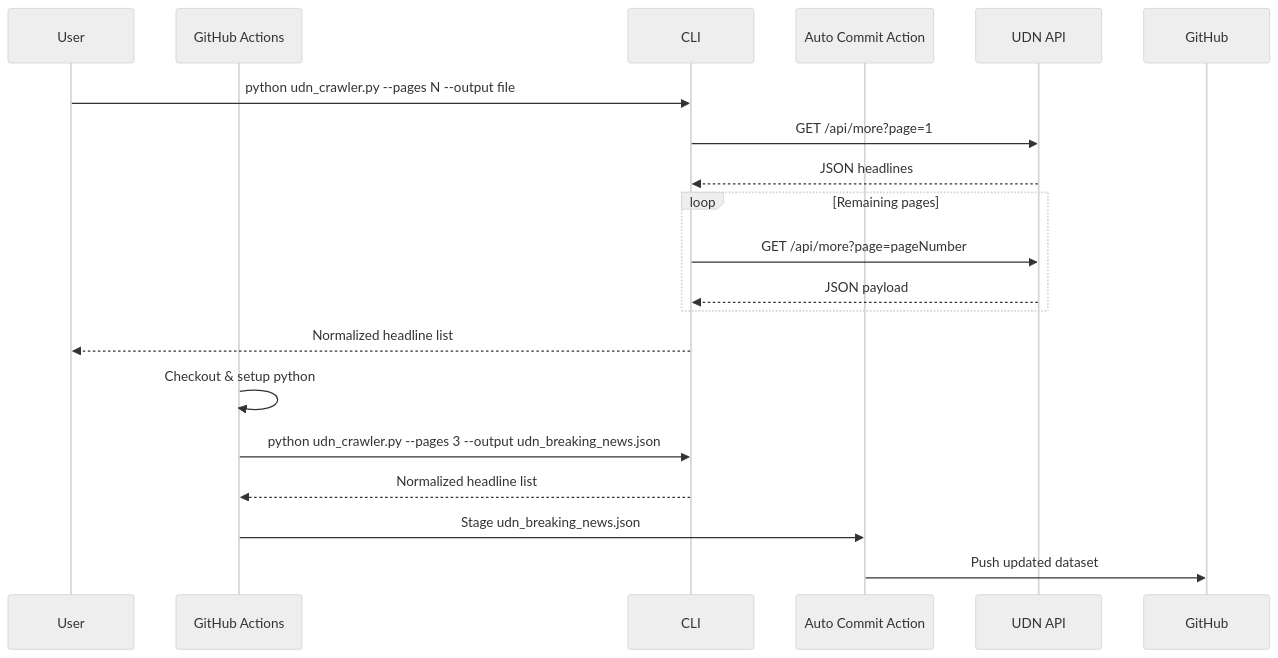
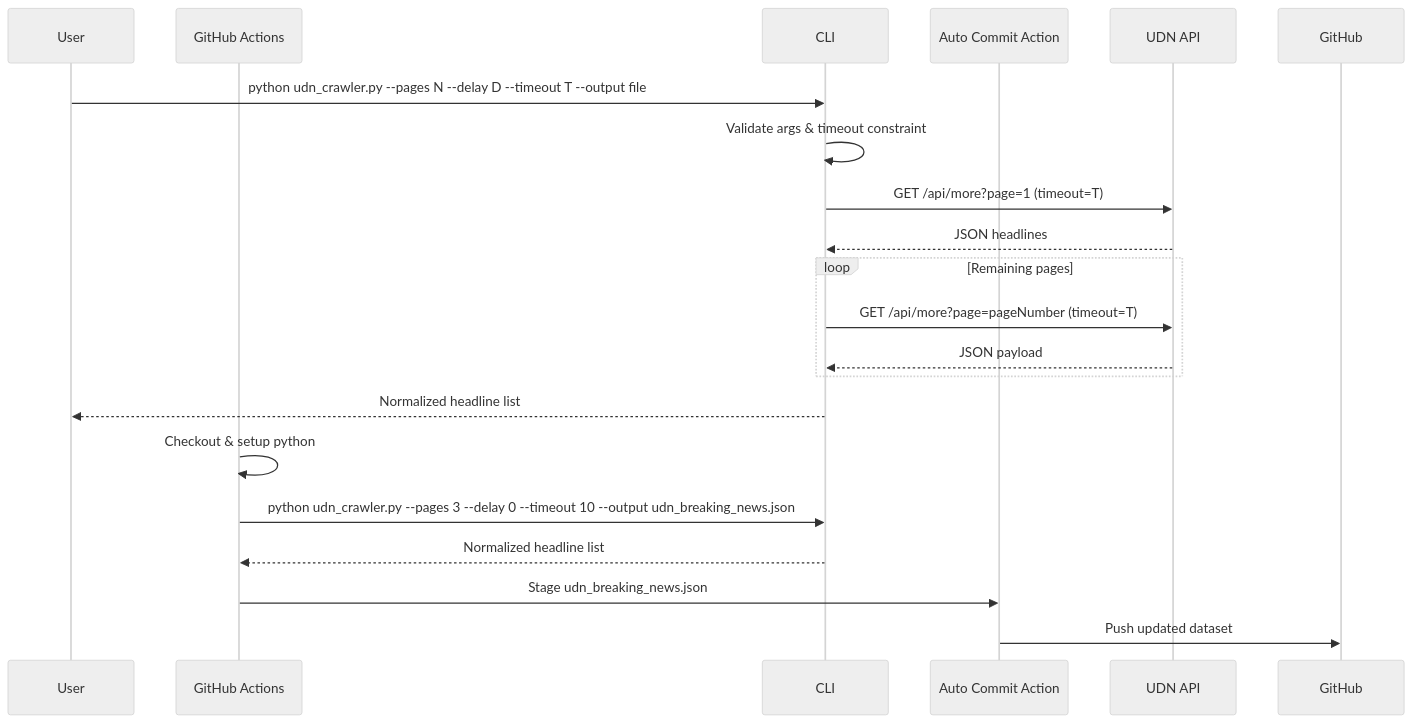
Before and after one commit to muyueh/test-scarp: the third of 6 diagrams in README.md, drawn with Mermaid (neutral theme). The commit also changed other lines of this file and 1 other file, not shown here.

Commit message:
feat: allow configuring request timeout

````diff
--- a/README.md
+++ b/README.md
@@ -38,21 +48,22 @@
 ```mermaid
 sequenceDiagram
     participant User
     participant Actions as GitHub Actions
     participant CLI
     participant AutoCommit as Auto Commit Action
     participant UDN as UDN API
-    User->>CLI: python udn_crawler.py --pages N --output file
-    CLI->>UDN: GET /api/more?page=1
+    User->>CLI: python udn_crawler.py --pages N --delay D --timeout T --output file
+    CLI->>CLI: Validate args & timeout constraint
+    CLI->>UDN: GET /api/more?page=1 (timeout=T)
     UDN-->>CLI: JSON headlines
     loop Remaining pages
-        CLI->>UDN: GET /api/more?page=pageNumber
+        CLI->>UDN: GET /api/more?page=pageNumber (timeout=T)
         UDN-->>CLI: JSON payload
     end
     CLI-->>User: Normalized headline list
     Actions->>Actions: Checkout & setup python
-    Actions->>CLI: python udn_crawler.py --pages 3 --output udn_breaking_news.json
+    Actions->>CLI: python udn_crawler.py --pages 3 --delay 0 --timeout 10 --output udn_breaking_news.json
     CLI-->>Actions: Normalized headline list
     Actions->>AutoCommit: Stage udn_breaking_news.json
     AutoCommit->>GitHub: Push updated dataset
 ```
````
